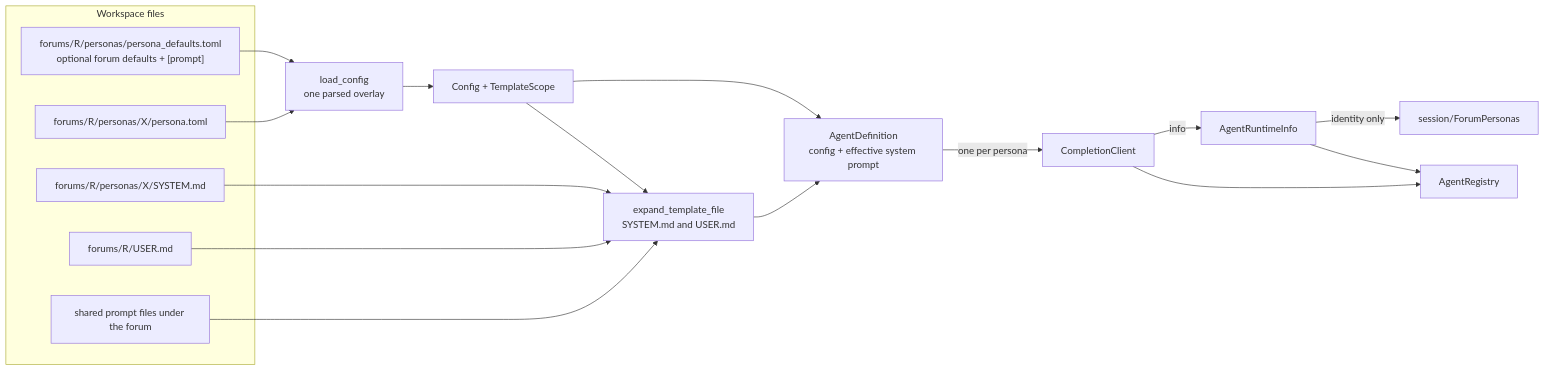
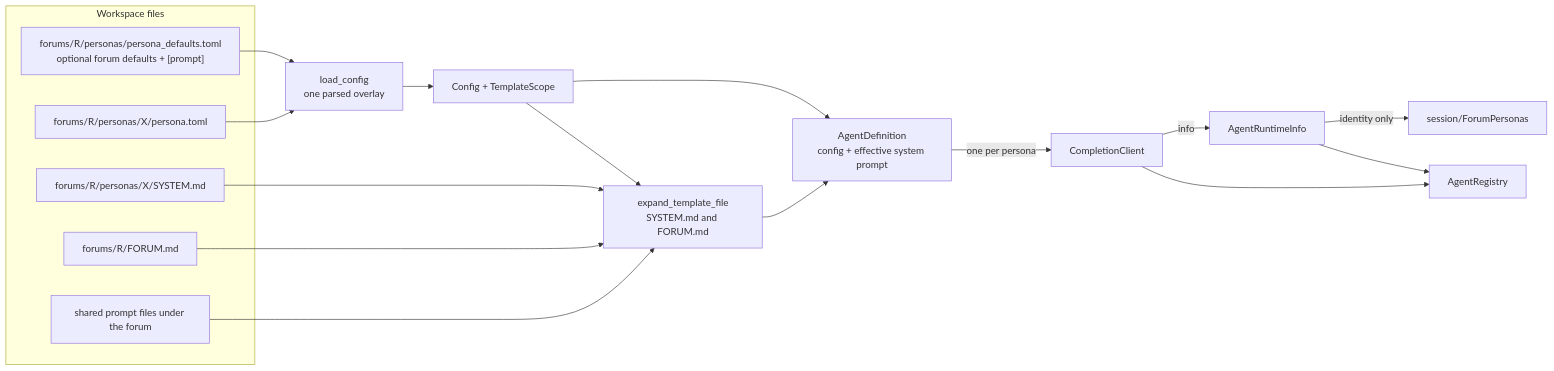
Before and after one commit to michaelpopov/cha: the first of 4 diagrams in src/agents/README.md, drawn with Mermaid. The commit also changed other lines of this file and 17 other files, not shown here.

````diff
--- a/src/agents/README.md
+++ b/src/agents/README.md
@@ -24,25 +24,25 @@
 ```mermaid
 flowchart LR
     subgraph disk["Workspace files"]
         base["forums/R/personas/persona_defaults.toml<br/>optional forum defaults + [prompt]"]
         cfg["forums/R/personas/X/persona.toml"]
         sys["forums/R/personas/X/SYSTEM.md"]
-        usr["forums/R/USER.md"]
+        usr["forums/R/FORUM.md"]
         shared["shared prompt files under the forum"]
     end
 
     base --> load["load_config<br/>one parsed overlay"]
     cfg --> load
     load --> conf["Config + TemplateScope"]
-    conf --> expand["expand_template_file<br/>SYSTEM.md and USER.md"]
+    conf --> expand["expand_template_file<br/>SYSTEM.md and FORUM.md"]
     sys --> expand
     usr --> expand
     shared --> expand
     expand --> def["AgentDefinition<br/>config + effective system prompt"]
     conf --> def
     def -->|"one per persona"| client["CompletionClient"]
     client --> registry["AgentRegistry"]
     client -->|"info"| runtime["AgentRuntimeInfo"]
     runtime --> registry
     runtime -->|"identity only"| personas["session/ForumPersonas"]
 ```
````
